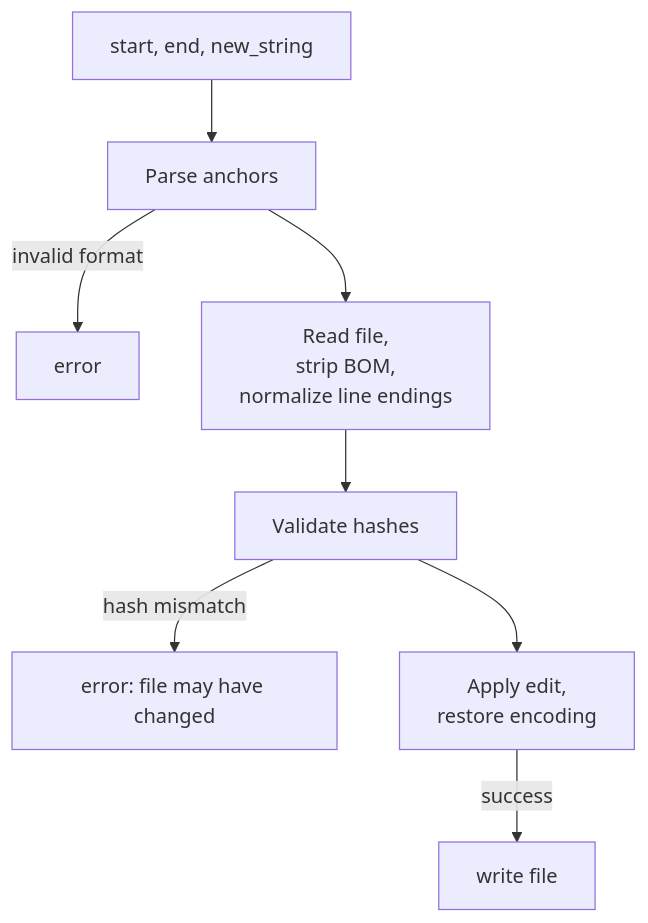
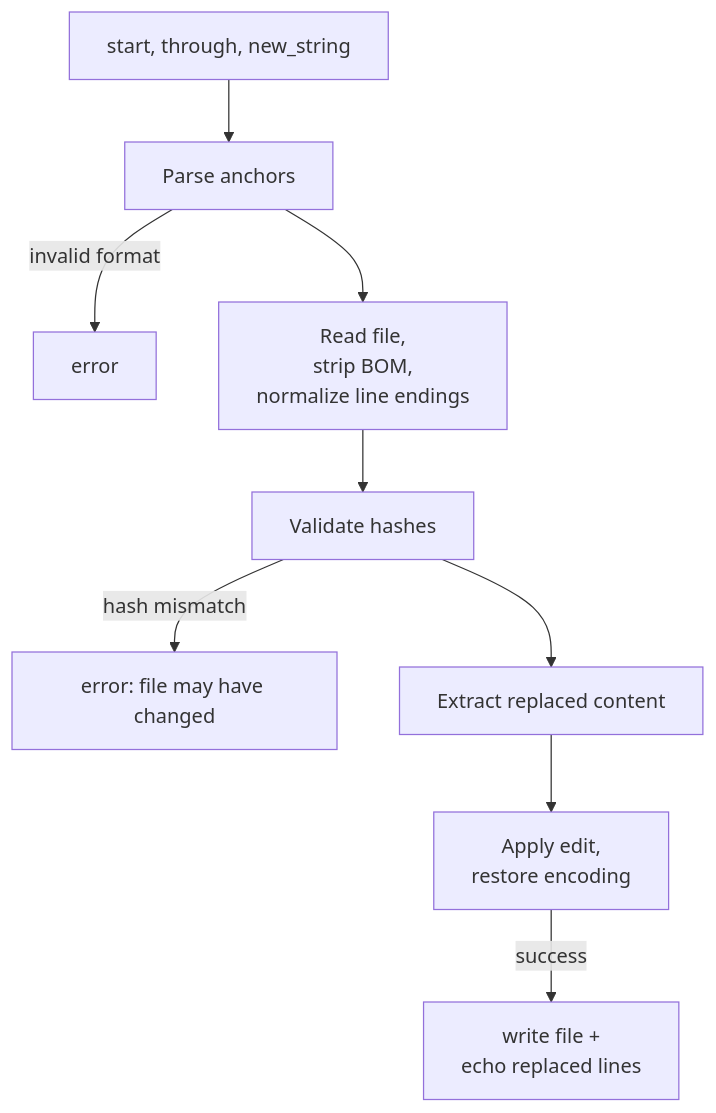
The diagram in docs/tools/edit.md (matteing/opal), drawn with Mermaid before and after one commit. The commit also changed other lines of this file and 31 other files, not shown here.

````diff
--- a/docs/tools/edit.md
+++ b/docs/tools/edit.md
@@ -56,10 +61,11 @@
 ```mermaid
 graph TD
-    Input["start, end, new_string"] --> Parse["Parse anchors"]
+    Input["start, through, new_string"] --> Parse["Parse anchors"]
     Parse -- "invalid format" --> Err1["error"]
     Parse --> Read["Read file,<br/>strip BOM,<br/>normalize line endings"]
     Read --> Validate["Validate hashes"]
     Validate -- "hash mismatch" --> Err2["error: file may have changed"]
-    Validate --> Apply["Apply edit,<br/>restore encoding"]
-    Apply -- "success" --> Write["write file"]
+    Validate --> Extract["Extract replaced content"]
+    Extract --> Apply["Apply edit,<br/>restore encoding"]
+    Apply -- "success" --> Write["write file +<br/>echo replaced lines"]
 ```
````
